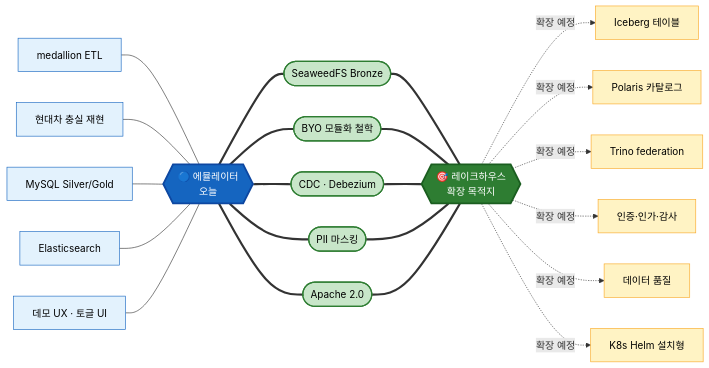
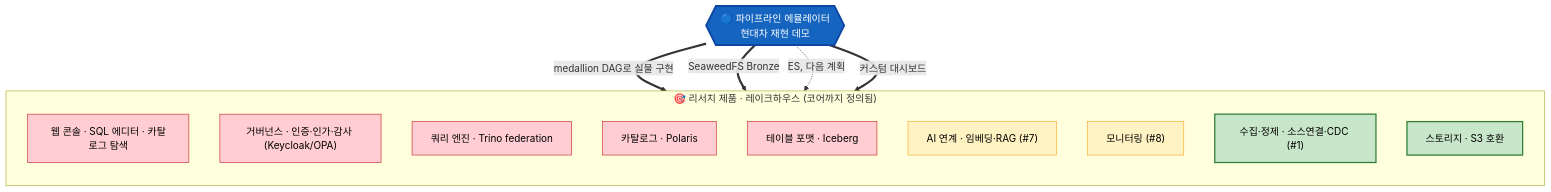
One commit to mzd-nrkim/pipeline-emulator changed the diagram in docs/pipeline-emulator-vs-lakehouse-research.md. Above: the diagram before and after it, drawn with Mermaid. The commit also changed other lines of this file, not shown here.

````diff
--- a/docs/pipeline-emulator-vs-lakehouse-research.md
+++ b/docs/pipeline-emulator-vs-lakehouse-research.md
@@ -38,49 +44,26 @@
 ```mermaid
-flowchart LR
-    E1["medallion ETL"]:::emu
-    E2["현대차 충실 재현"]:::emu
-    E3["MySQL Silver/Gold"]:::emu
-    E4["Elasticsearch"]:::emu
-    E5["데모 UX · 토글 UI"]:::emu
+flowchart TB
+    subgraph PROD["🎯 리서치 제품 · 레이크하우스 (코어까지 정의됨)"]
+        direction TB
+        UI["웹 콘솔 · SQL 에디터 · 카탈로그 탐색"]:::core
+        GOV["거버넌스 · 인증·인가·감사 (Keycloak/OPA)"]:::core
+        QE["쿼리 엔진 · Trino federation"]:::core
+        CAT["카탈로그 · Polaris"]:::core
+        TF["테이블 포맷 · Iceberg"]:::core
+        AI["AI 연계 · 임베딩·RAG (#7)"]:::partial
+        MON["모니터링 (#8)"]:::partial
+        ING["수집·정제 · 소스연결·CDC (#1)"]:::emu
+        ST["스토리지 · S3 호환"]:::emu
+    end
 
-    EMU{{"🔵 에뮬레이터<br/>오늘"}}:::hubE
-    RES{{"🎯 레이크하우스<br/>확장 목적지"}}:::hubR
+    EMU{{"🔵 파이프라인 에뮬레이터<br/>현대차 재현 데모"}}:::hub
+    EMU ==>|medallion DAG로 실물 구현| ING
+    EMU ==>|SeaweedFS Bronze| ST
+    EMU -.->|ES, 다음 계획| AI
+    EMU ==>|커스텀 대시보드| MON
 
-    S1(["SeaweedFS Bronze"]):::shared
-    S2(["BYO 모듈화 철학"]):::shared
-    S3(["CDC · Debezium"]):::shared
-    S4(["PII 마스킹"]):::shared
-    S5(["Apache 2.0"]):::shared
-
-    R1["Iceberg 테이블"]:::res
-    R2["Polaris 카탈로그"]:::res
-    R3["Trino federation"]:::res
-    R4["인증·인가·감사"]:::res
-    R5["데이터 품질"]:::res
-    R6["K8s Helm 설치형"]:::res
-
-    E1 --- EMU
-    E2 --- EMU
-    E3 --- EMU
-    E4 --- EMU
-    E5 --- EMU
-
-    EMU === S1 === RES
-    EMU === S2 === RES
-    EMU === S3 === RES
-    EMU === S4 === RES
-    EMU === S5 === RES
-
-    RES -.->|확장 예정| R1
-    RES -.->|확장 예정| R2
-    RES -.->|확장 예정| R3
-    RES -.->|확장 예정| R4
-    RES -.->|확장 예정| R5
-    RES -.->|확장 예정| R6
-
-    classDef hubE fill:#1565c0,color:#fff,stroke:#0d47a1,stroke-width:3px
-    classDef hubR fill:#2e7d32,color:#fff,stroke:#1b5e20,stroke-width:3px
-    classDef emu fill:#e3f2fd,stroke:#1565c0,color:#000
-    classDef shared fill:#c8e6c9,stroke:#2e7d32,color:#000,stroke-width:2px
-    classDef res fill:#fff3c4,stroke:#f9a825,color:#000
+    classDef hub fill:#1565c0,color:#fff,stroke:#0d47a1,stroke-width:3px
+    classDef emu fill:#c8e6c9,stroke:#2e7d32,color:#000,stroke-width:2px
+    classDef partial fill:#fff3c4,stroke:#f9a825,color:#000
+    classDef core fill:#ffcdd2,stroke:#c62828,color:#000
 ```
````
